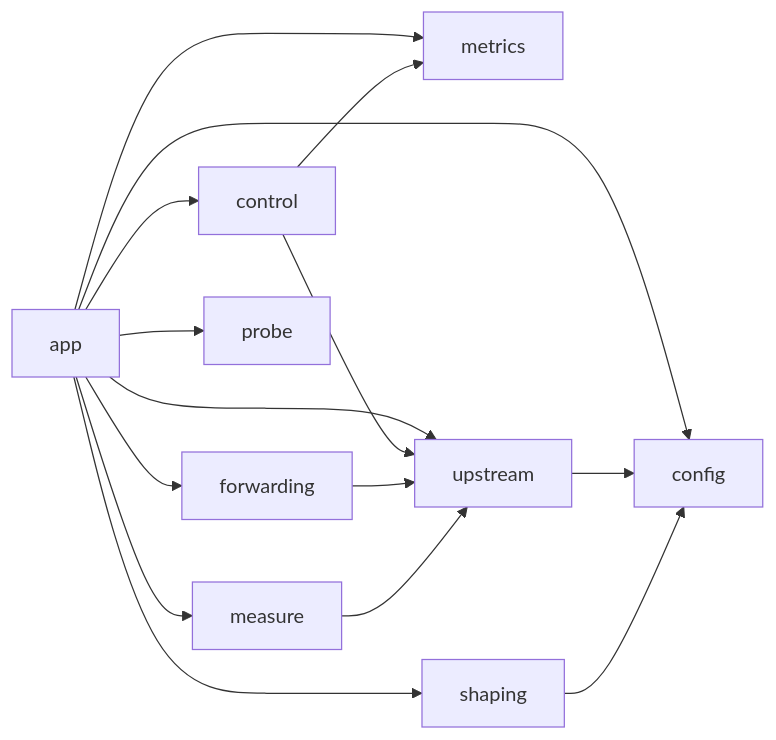
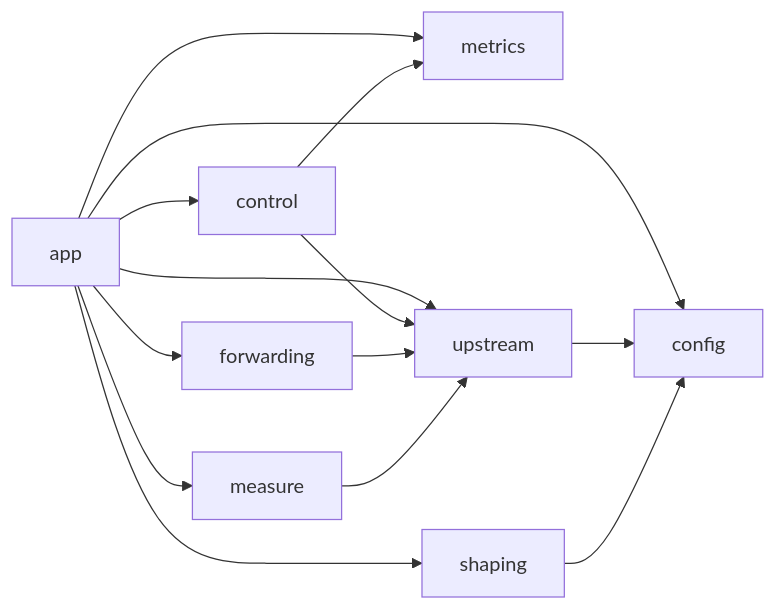
The second of 14 diagrams in doc/diagrams.md (NodePath81/fbforward), drawn with Mermaid before and after one commit. The commit also changed other lines of this file and 194 other files, not shown here.

````diff
--- a/doc/diagrams.md
+++ b/doc/diagrams.md
@@ -60,22 +57,21 @@
 ```mermaid
 graph LR
     app[app] --> config
     app --> control
     app --> forwarding
     app --> measure
     app --> metrics
-    app --> probe
     app --> upstream
     app --> shaping
 
     control --> upstream
     control --> metrics
 
     forwarding --> upstream
 
     measure --> upstream
 
     upstream --> config
 
     shaping --> config
 ```
````
